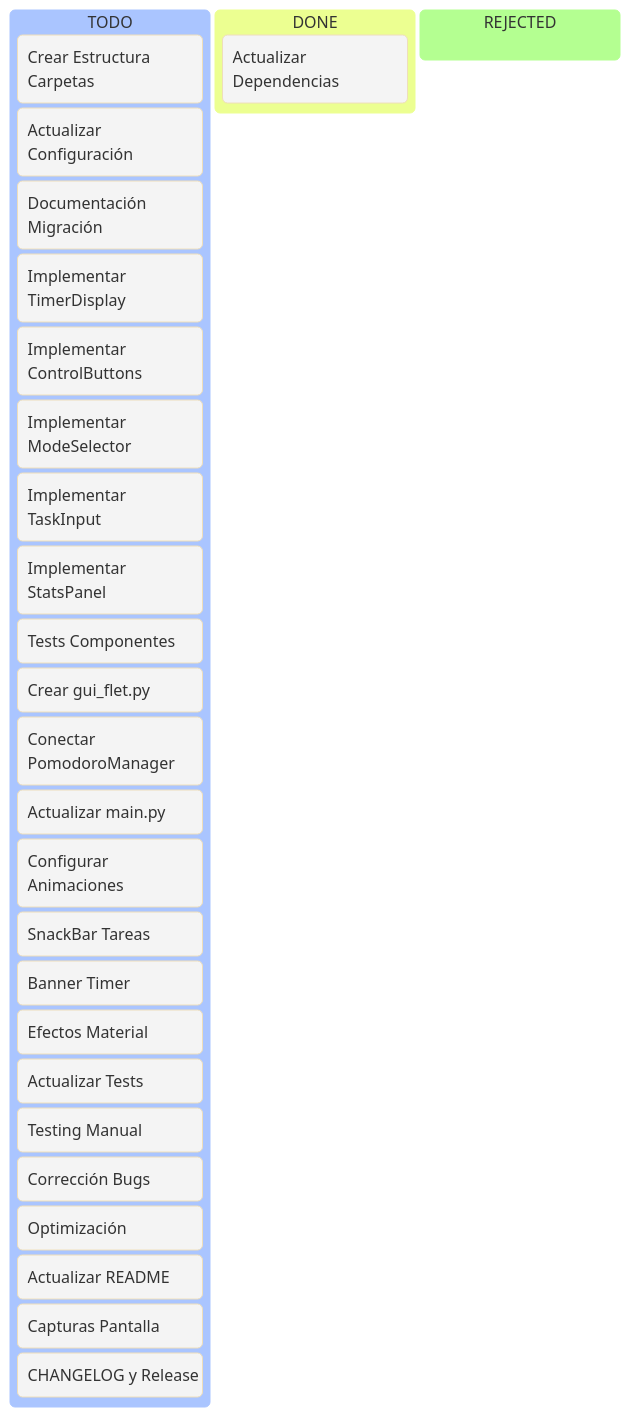
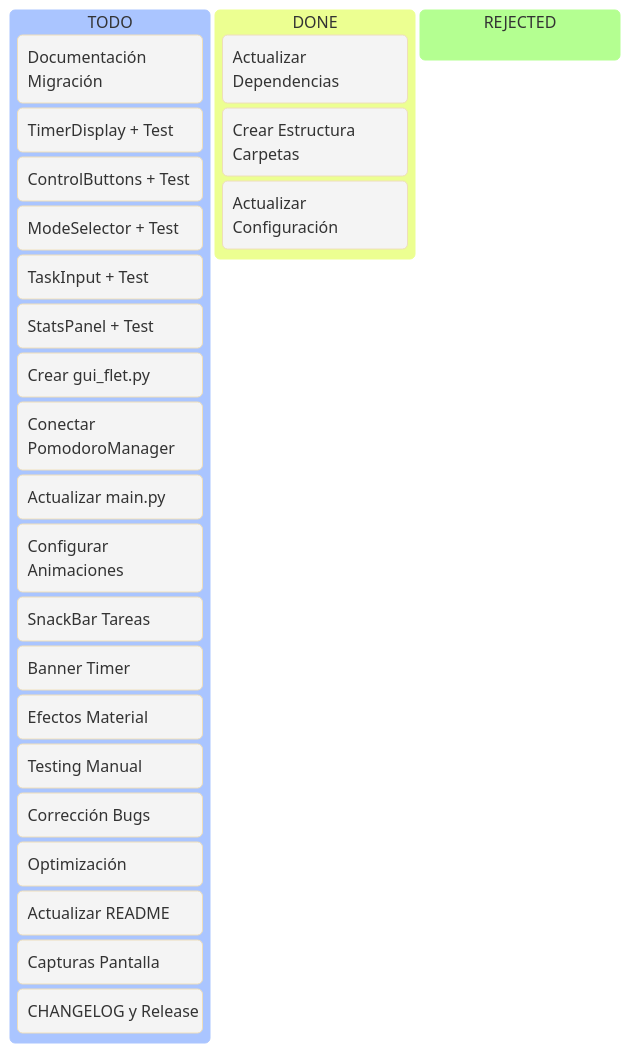
Before and after one commit to FROSADO/pomodoro-py: the diagram in docs/specs-by-version/PLAN_v0.2_es.md, drawn with Mermaid. The commit also changed other lines of this file and 10 other files, not shown here.

````diff
--- a/docs/specs-by-version/PLAN_v0.2_es.md
+++ b/docs/specs-by-version/PLAN_v0.2_es.md
@@ -19,31 +19,29 @@
 ```mermaid
 %%{init: {'theme':'base'}}%%
 kanban
   TODO
-    [Crear Estructura Carpetas]
-    [Actualizar Configuración]
     [Documentación Migración]
-    [Implementar TimerDisplay]
-    [Implementar ControlButtons]
-    [Implementar ModeSelector]
-    [Implementar TaskInput]
-    [Implementar StatsPanel]
-    [Tests Componentes]
+    [TimerDisplay + Test]
+    [ControlButtons + Test]
+    [ModeSelector + Test]
+    [TaskInput + Test]
+    [StatsPanel + Test]
     [Crear gui_flet.py]
     [Conectar PomodoroManager]
     [Actualizar main.py]
     [Configurar Animaciones]
     [SnackBar Tareas]
     [Banner Timer]
     [Efectos Material]
-    [Actualizar Tests]
     [Testing Manual]
     [Corrección Bugs]
     [Optimización]
     [Actualizar README]
     [Capturas Pantalla]
     [CHANGELOG y Release]
   DONE
     [Actualizar Dependencias]
+    [Crear Estructura Carpetas]
+    [Actualizar Configuración]
   REJECTED
 ```
````
